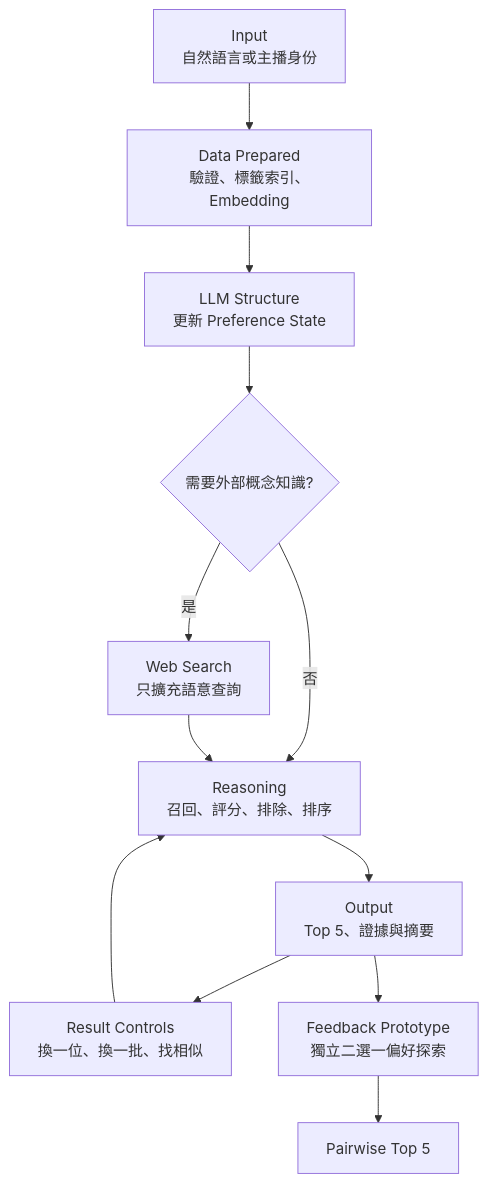
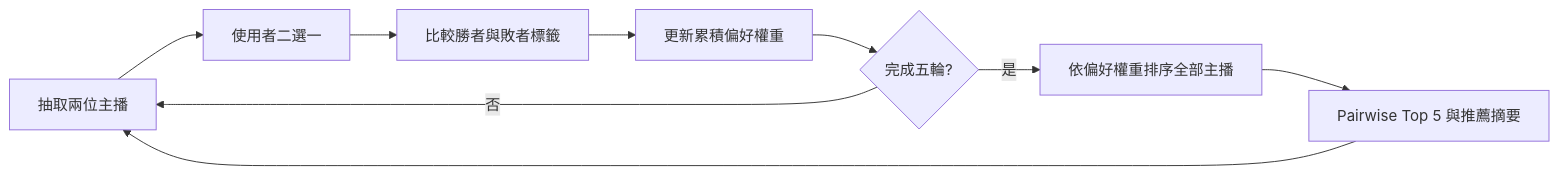
One commit to zzzpatr/streamer_recommend changed the second of 2 diagrams in README.md. Above: the diagram before and after it, drawn with Mermaid. The commit also changed other lines of this file and 3 other files, not shown here.

````diff
--- a/README.md
+++ b/README.md
@@ -9,14 +91,11 @@
 ```mermaid
-flowchart TD
-    A[Input<br/>自然語言或主播身份] --> B[Data Prepared<br/>驗證、標籤索引、Embedding]
-    B --> C[LLM Structure<br/>更新 Preference State]
-    C --> W{需要外部概念知識?}
-    W -- 是 --> X[Web Search<br/>只擴充語意查詢]
-    W -- 否 --> D[Reasoning<br/>召回、評分、排除、排序]
-    X --> D
-    D --> E[Output<br/>Top 5、證據與摘要]
-    E --> H[Result Controls<br/>換一位、換一批、找相似]
-    H --> D
-    E --> F[Feedback Prototype<br/>獨立二選一偏好探索]
-    F --> G[Pairwise Top 5]
+flowchart LR
+    A[抽取兩位主播] --> B[使用者二選一]
+    B --> C[比較勝者與敗者標籤]
+    C --> D[更新累積偏好權重]
+    D --> E{完成五輪?}
+    E -- 否 --> A
+    E -- 是 --> F[依偏好權重排序全部主播]
+    F --> G[Pairwise Top 5 與推薦摘要]
+    G --> A
 ```
````
